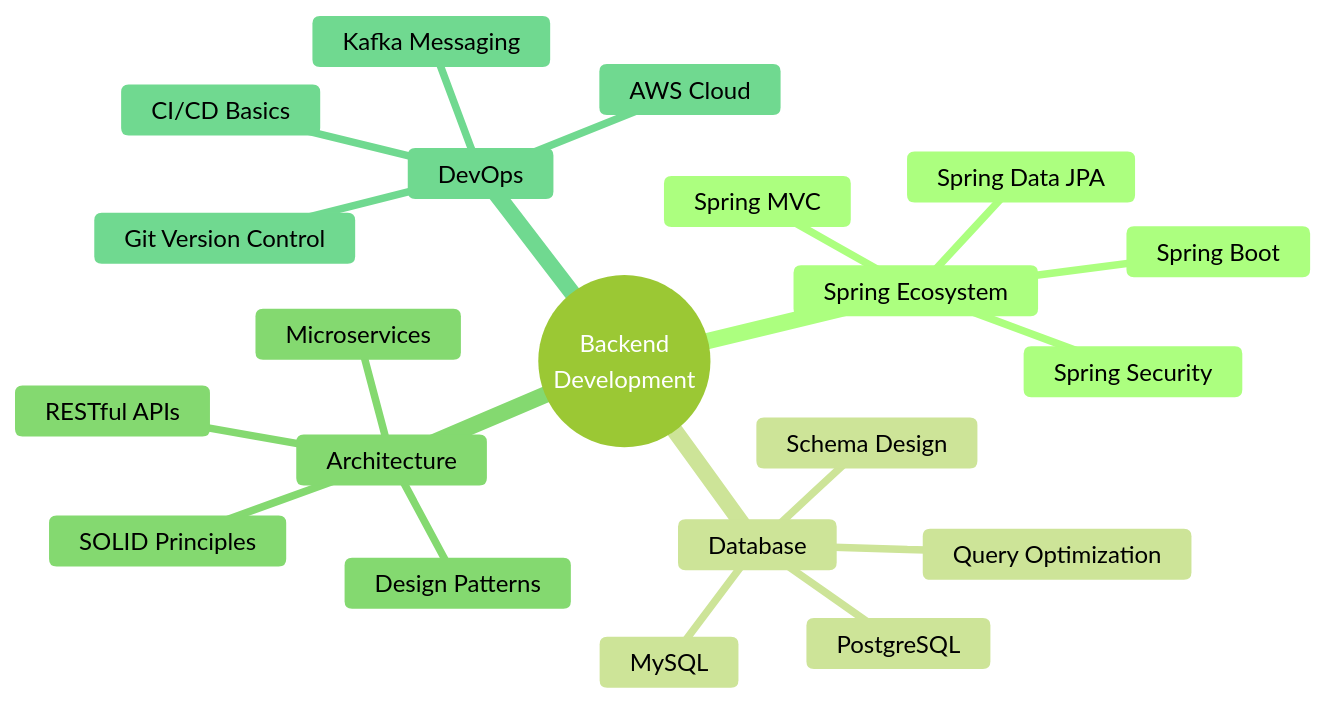
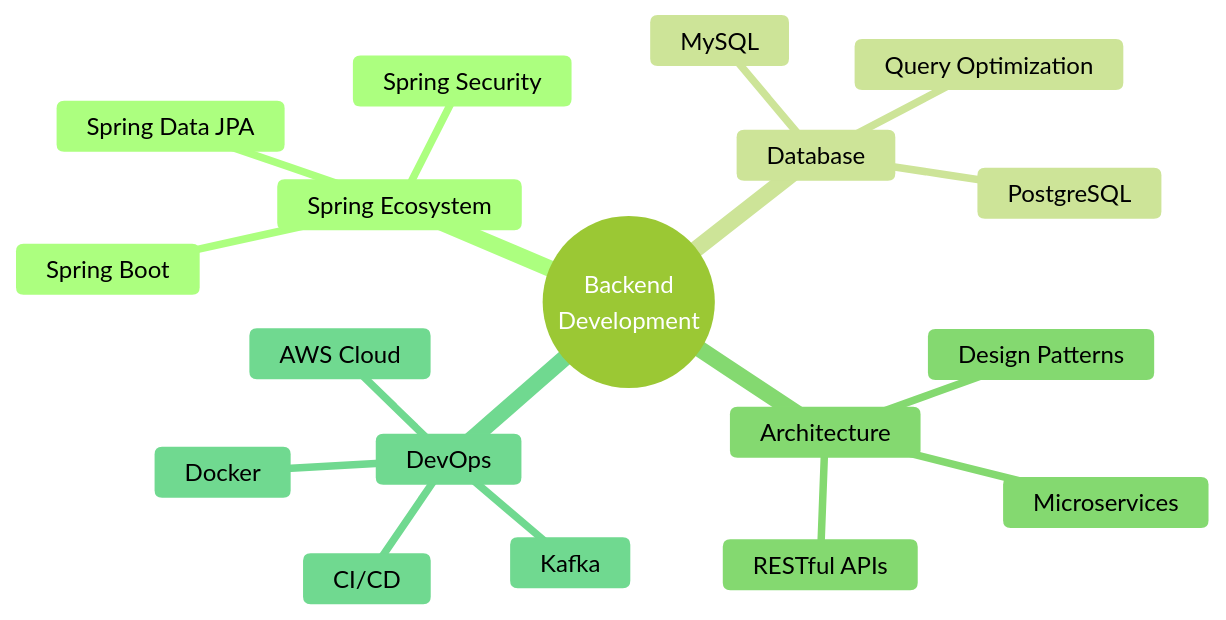
Before and after one commit to ArpanC6/ArpanC6: the diagram in README.md, drawn with Mermaid (forest theme). The commit also changed other lines of this file, not shown here.

````diff
--- a/README.md
+++ b/README.md
@@ -330,25 +173,22 @@
 ```mermaid
 mindmap
   root((Backend
     Development))
     Spring Ecosystem
       Spring Boot
       Spring Security
       Spring Data JPA
-      Spring MVC
     Database
       MySQL
       PostgreSQL
       Query Optimization
-      Schema Design
     Architecture
       RESTful APIs
       Microservices
       Design Patterns
-      SOLID Principles
     DevOps
       AWS Cloud
-      Kafka Messaging
-      Git Version Control
-      CI/CD Basics
+      Kafka
+      Docker
+      CI/CD
 ```
````
